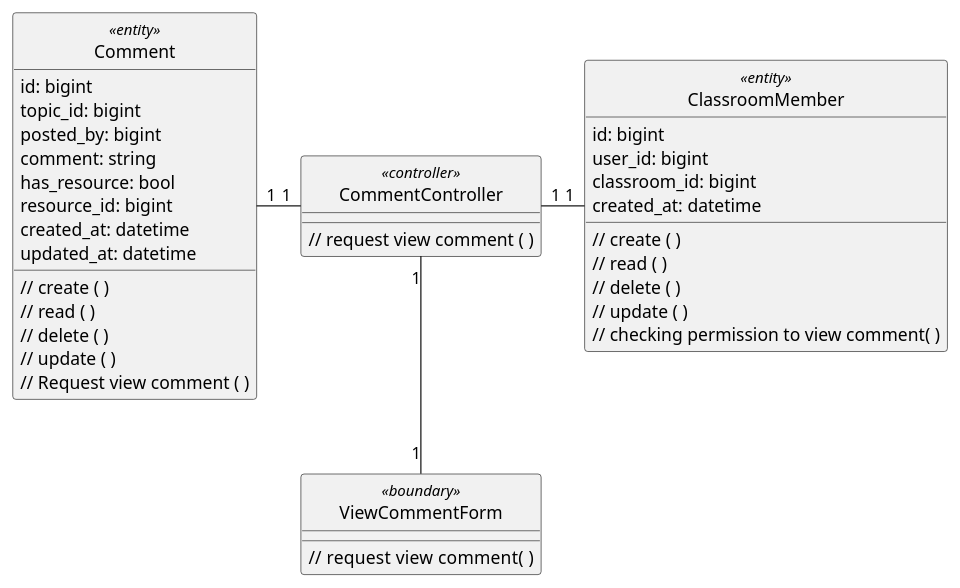
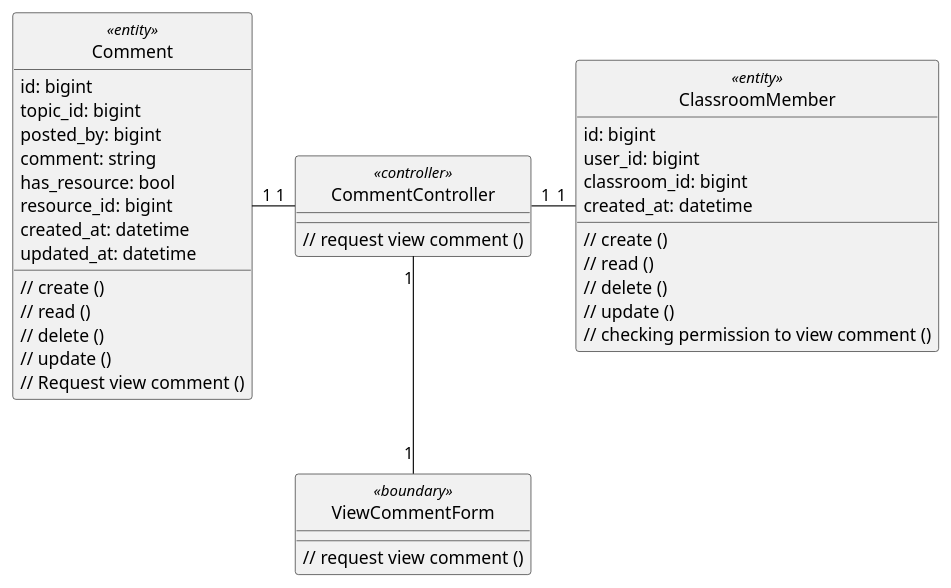
One commit to anonyhostvn/OOAD-Diagram changed the diagram in class - analysis/comment/viewComment.plantuml. Above: the diagram before and after it, drawn with PlantUML. The commit also changed 18 other files, not shown here.

```diff
--- a/class - analysis/comment/viewComment.plantuml
+++ b/class - analysis/comment/viewComment.plantuml
@@ -1,51 +1,51 @@
 @startuml viewTopic
 
 class Comment <<entity>> {
     id: bigint
     topic_id: bigint
     posted_by: bigint
     comment: string
     has_resource: bool
     resource_id: bigint
     created_at: datetime
     updated_at: datetime
 
-    // create ( )
-    // read ( )
-    // delete ( )
-    // update ( )
-    // Request view comment ( )
+    // create ()
+    // read ()
+    // delete ()
+    // update ()
+    // Request view comment ()
 }
 
 class ClassroomMember <<entity>> {
     id: bigint
     user_id: bigint
     classroom_id: bigint
     created_at: datetime
 
-    // create ( )
-    // read ( )
-    // delete ( )
-    // update ( )
-    // checking permission to view comment( )
+    // create ()
+    // read ()
+    // delete ()
+    // update ()
+    // checking permission to view comment ()
 }
 
 class ViewCommentForm <<boundary>> {
-    // request view  comment( )
+    // request view comment ()
 }
 
 class CommentController <<controller>> {
-    // request view comment ( )
+    // request view comment ()
 }
 
 hide Comment <<entity>> circle
 hide ViewCommentForm <<boundary>> circle
 hide CommentController <<controller>> circle
 
 CommentController "1" -left- "1" Comment
 CommentController "1" -right- "1" ClassroomMember
 CommentController "1" -down- "1" ViewCommentForm
 
 
 
 @enduml
```
